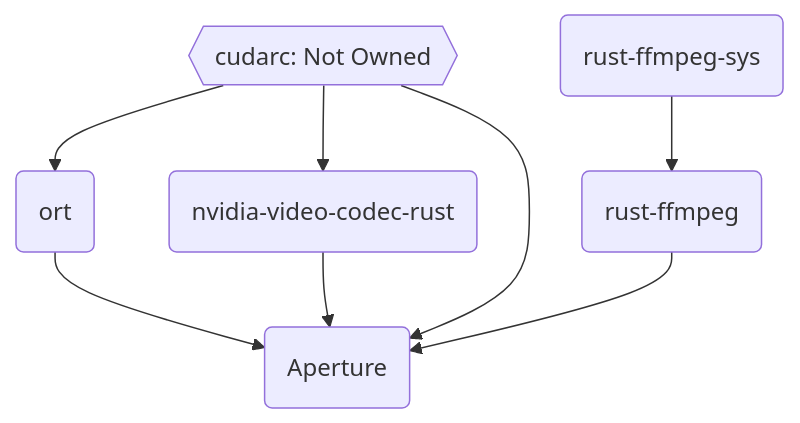
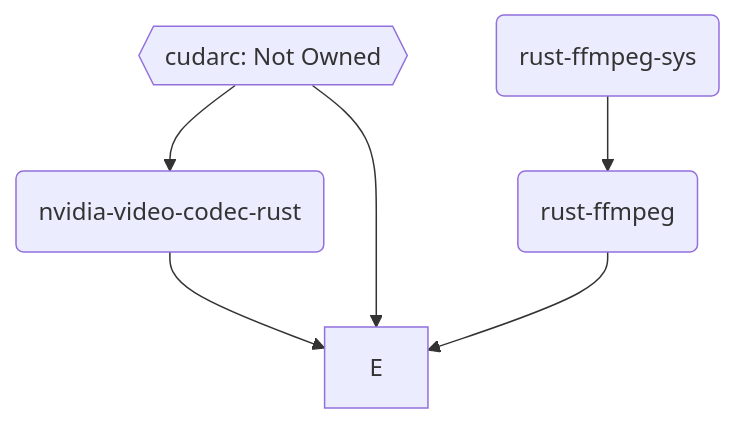
The diagram in profile/README.md (video-analytics-iitd/.github), drawn with Mermaid before and after one commit.

````diff
--- a/profile/README.md
+++ b/profile/README.md
@@ -2,10 +2,8 @@
 ```mermaid
 flowchart TD
     A(rust-ffmpeg-sys) --> B(rust-ffmpeg)
-    C(ort) --> E(Aperture)
     D(nvidia-video-codec-rust) --> E
-    F{{cudarc: Not Owned}} --> C
-    F --> D
+    F{{cudarc: Not Owned}} --> D
     F --> E 
     B --> E
 ```
````
